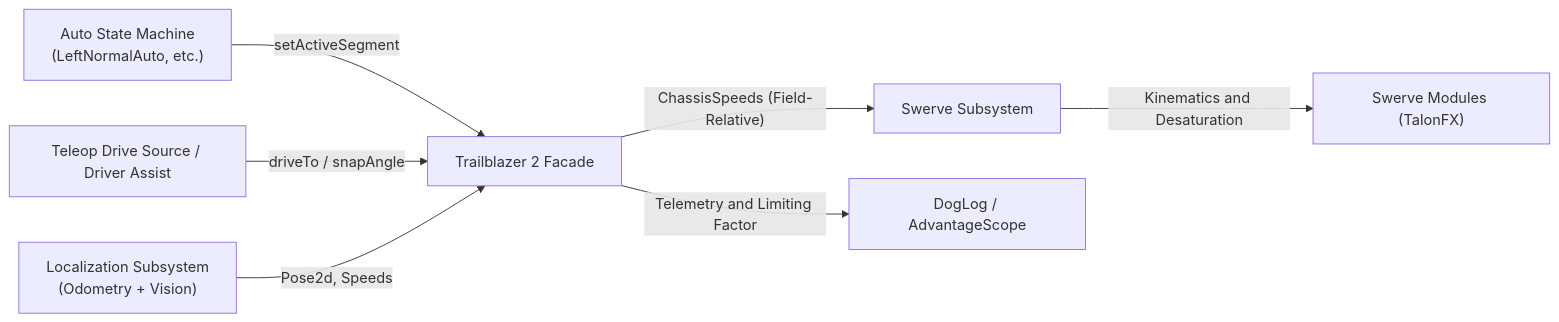
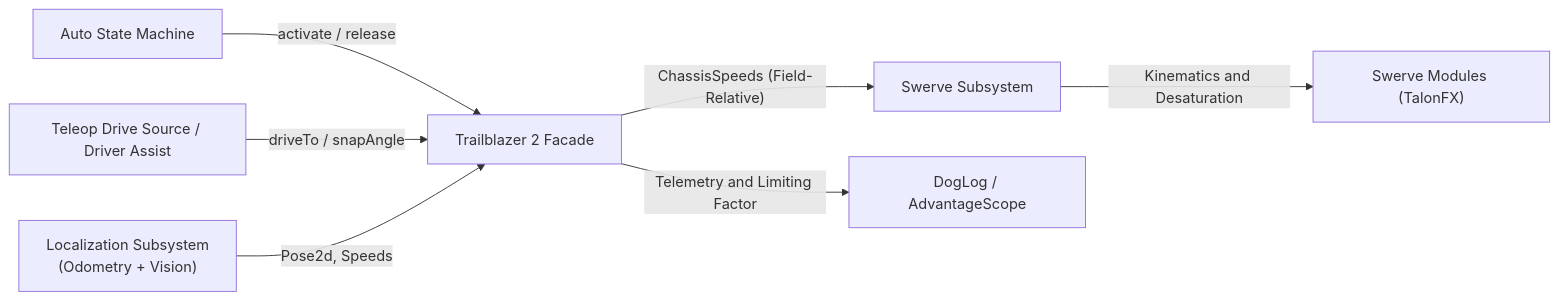
One commit to team581/offseason-2026 changed the second of 2 diagrams in shared/src/main/java/com/team581/trailblazer2/planning/00-overview-and-architecture.md. Above: the diagram before and after it, drawn with Mermaid. The commit also changed other lines of this file and 9 other files, not shown here.

Commit message:
Update implementation roadmap

````diff
--- a/shared/src/main/java/com/team581/trailblazer2/planning/00-overview-and-architecture.md
+++ b/shared/src/main/java/com/team581/trailblazer2/planning/00-overview-and-architecture.md
@@ -106,9 +120,9 @@
 ```mermaid
 flowchart LR
-    AutoSM["Auto State Machine<br/>(LeftNormalAuto, etc.)"] -->|"setActiveSegment"| TB2["Trailblazer 2 Facade"]
+    AutoSM["Auto State Machine"] -->|"activate / release"| TB2["Trailblazer 2 Facade"]
     Teleop["Teleop Drive Source / Driver Assist"] -->|"driveTo / snapAngle"| TB2
     Loc["Localization Subsystem<br/>(Odometry + Vision)"] -->|"Pose2d, Speeds"| TB2
     TB2 -->|"ChassisSpeeds (Field-Relative)"| SwerveSub["Swerve Subsystem"]
     SwerveSub -->|"Kinematics and Desaturation"| Modules["Swerve Modules (TalonFX)"]
     TB2 -->|"Telemetry and Limiting Factor"| DogLog["DogLog / AdvantageScope"]
 ```
````
